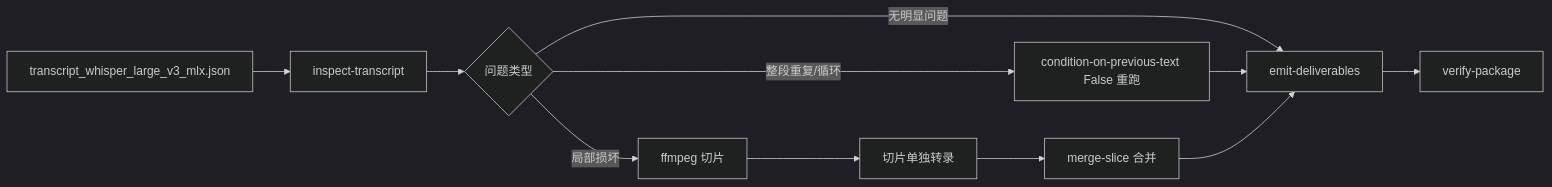
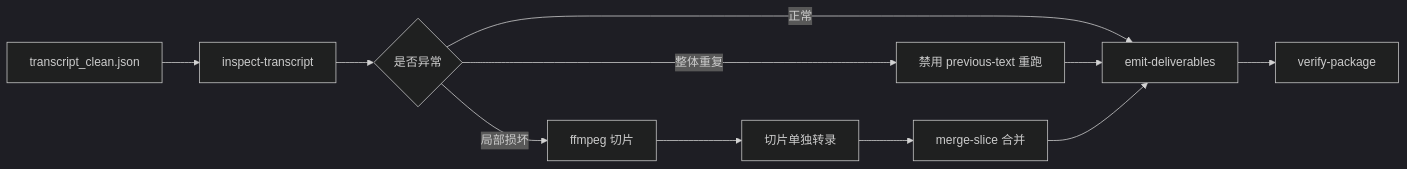
Before and after one commit to ambition0802/audio-transcription-skill: the third of 3 diagrams in README.md, drawn with Mermaid (dark theme). The commit also changed other lines of this file and 1 other file, not shown here.

````diff
--- a/README.md
+++ b/README.md
@@ -362,13 +358,13 @@
 ```mermaid
 flowchart LR
-  A["transcript_whisper_large_v3_mlx.json"] --> B["inspect-transcript"]
-  B --> C{"问题类型"}
-  C -->|"无明显问题"| D["emit-deliverables"]
-  C -->|"整段重复/循环"| E["condition-on-previous-text False 重跑"]
+  A["transcript_clean.json"] --> B["inspect-transcript"]
+  B --> C{"是否异常"}
+  C -->|"正常"| D["emit-deliverables"]
+  C -->|"整体重复"| E["禁用 previous-text 重跑"]
   C -->|"局部损坏"| F["ffmpeg 切片"]
   F --> G["切片单独转录"]
   G --> H["merge-slice 合并"]
   E --> D
   H --> D
   D --> I["verify-package"]
 ```
````
